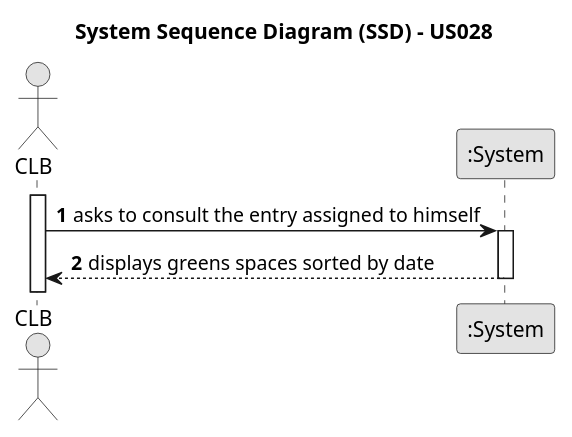
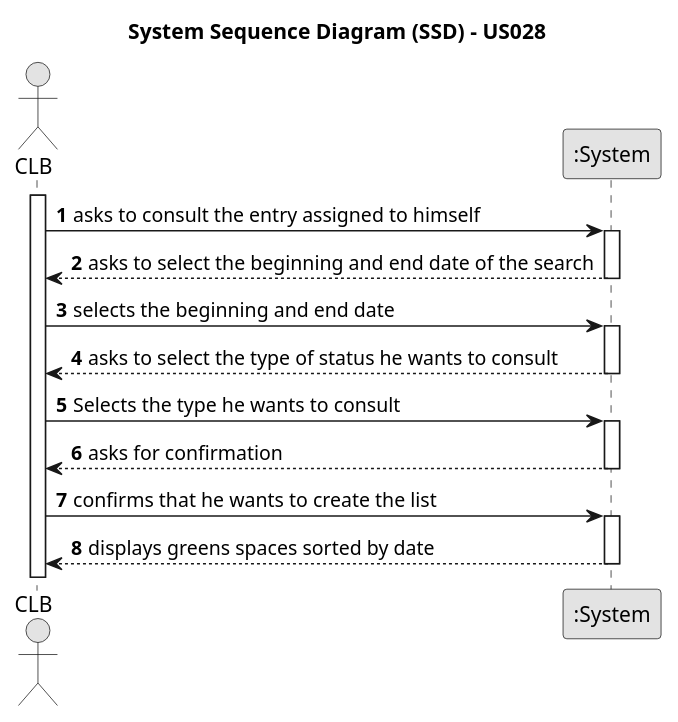
Before and after one commit to ricardomm7/leaflink: the diagram in docs/sprintC/us028/01.requirements-engineering/puml/us028-system-sequence-diagram-alternative-one.puml, drawn with PlantUML. The commit also changed 1 other file, not shown here.

```diff
--- a/docs/sprintC/us028/01.requirements-engineering/puml/us028-system-sequence-diagram-alternative-one.puml
+++ b/docs/sprintC/us028/01.requirements-engineering/puml/us028-system-sequence-diagram-alternative-one.puml
@@ -1,20 +1,38 @@
 @startuml
 skinparam monochrome true
 skinparam packageStyle rectangle
 skinparam shadowing false
 
 title System Sequence Diagram (SSD) - US028
 
 autonumber
 
 actor "CLB" as CLB
 participant ":System" as System
 
 activate CLB
 
     CLB -> System : asks to consult the entry assigned to himself
     activate System
 
+    System --> CLB :asks to select the beginning and end date of the search
+    deactivate System
+
+    CLB -> System : selects the beginning and end date
+    activate System
+
+    System --> CLB :asks to select the type of status he wants to consult
+    deactivate System
+
+    CLB -> System : Selects the type he wants to consult
+    activate System
+
+    System --> CLB :asks for confirmation
+    deactivate System
+
+    CLB -> System :confirms that he wants to create the list
+    activate System
+
         System --> CLB : displays greens spaces sorted by date
     deactivate System
 @enduml
```
